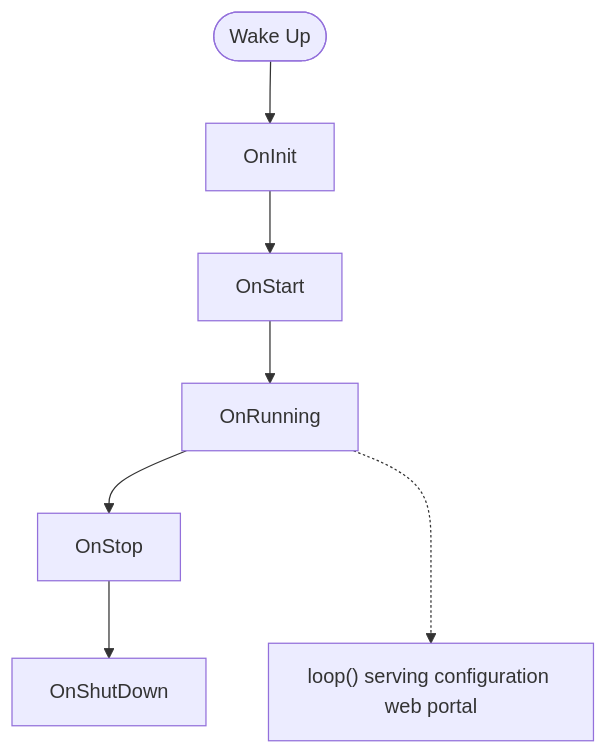
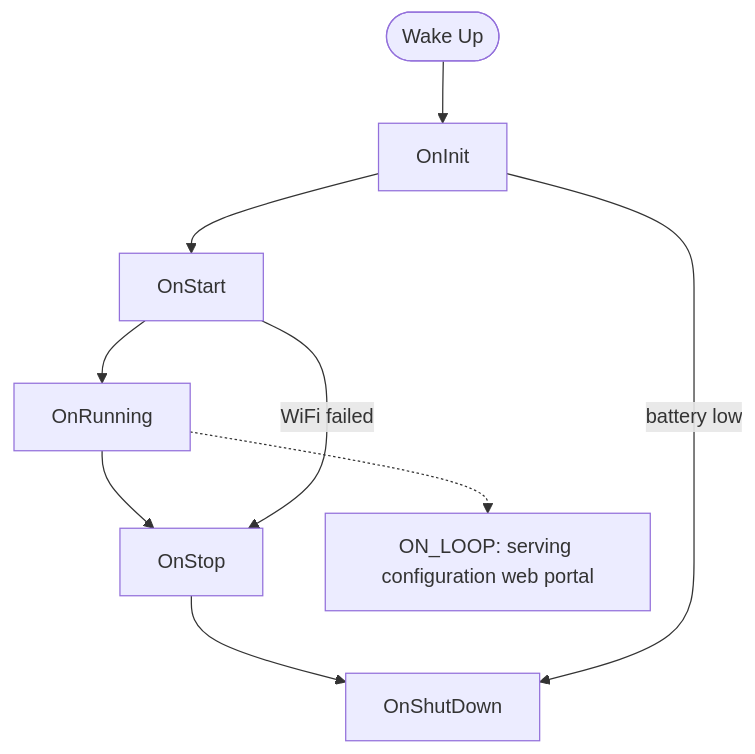
The first of 3 diagrams in docs/developer-guide/boot-process.md (gogo-boot/mystation), drawn with Mermaid before and after one commit. The commit also changed other lines of this file and 11 other files, not shown here.

````diff
--- a/docs/developer-guide/boot-process.md
+++ b/docs/developer-guide/boot-process.md
@@ -8,10 +7,12 @@
 ```mermaid
 flowchart TD
     Start([Wake Up]) --> OnInit
     OnInit --> OnStart
     OnStart --> OnRunning
     OnRunning --> OnStop
     OnStop --> OnShutDown
-    OnRunning -..-> loop
-    loop["loop() serving configuration web portal"]
+    OnRunning -.-> OnLoop
+    OnLoop["ON_LOOP: serving configuration web portal"]
+    OnInit -->|battery low| OnShutDown
+    OnStart -->|WiFi failed| OnStop
 ```
````
